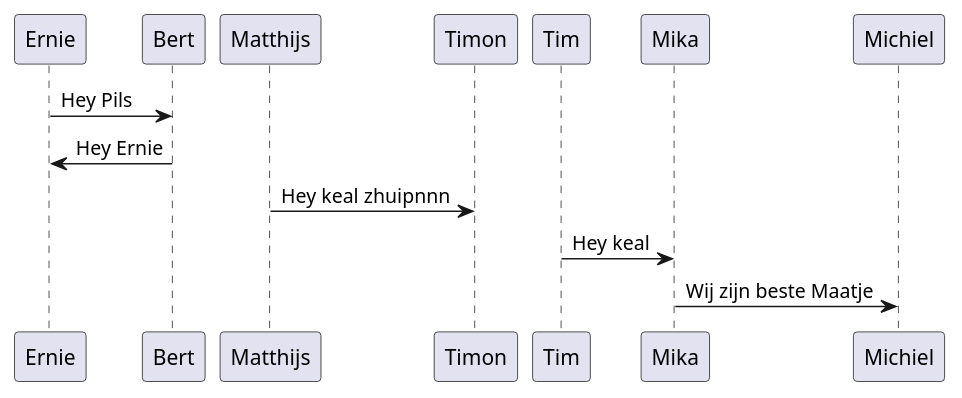
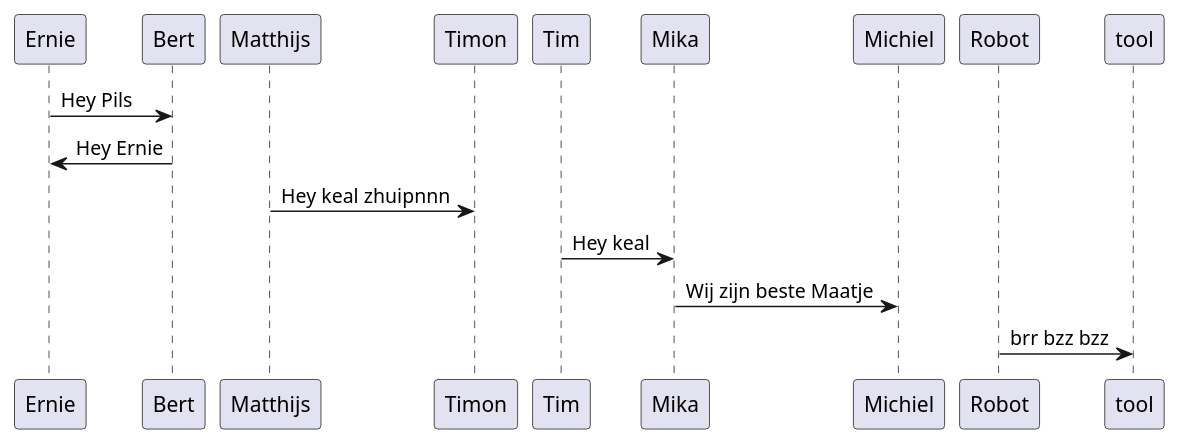
Before and after one commit to Timon14kraan/Project-Proces-and-Safety: the diagram in src/Introduction.md, drawn with PlantUML. The commit also changed 1 other file, not shown here.

Commit message:
robot to tool

````diff
--- a/src/Introduction.md
+++ b/src/Introduction.md
@@ -3,16 +3,16 @@
 ```plantuml
 @startuml bert_and_ernie
 
 
 Ernie->Bert : Hey Pils
 Bert->Ernie : Hey Ernie
 
 Matthijs->Timon : Hey keal zhuipnnn
 Tim->Mika : Hey keal
 Mika-> Michiel :  Wij zijn beste Maatje
-
+Robot -> tool: brr bzz bzz
 
 
 
 @enduml
 ```
````
